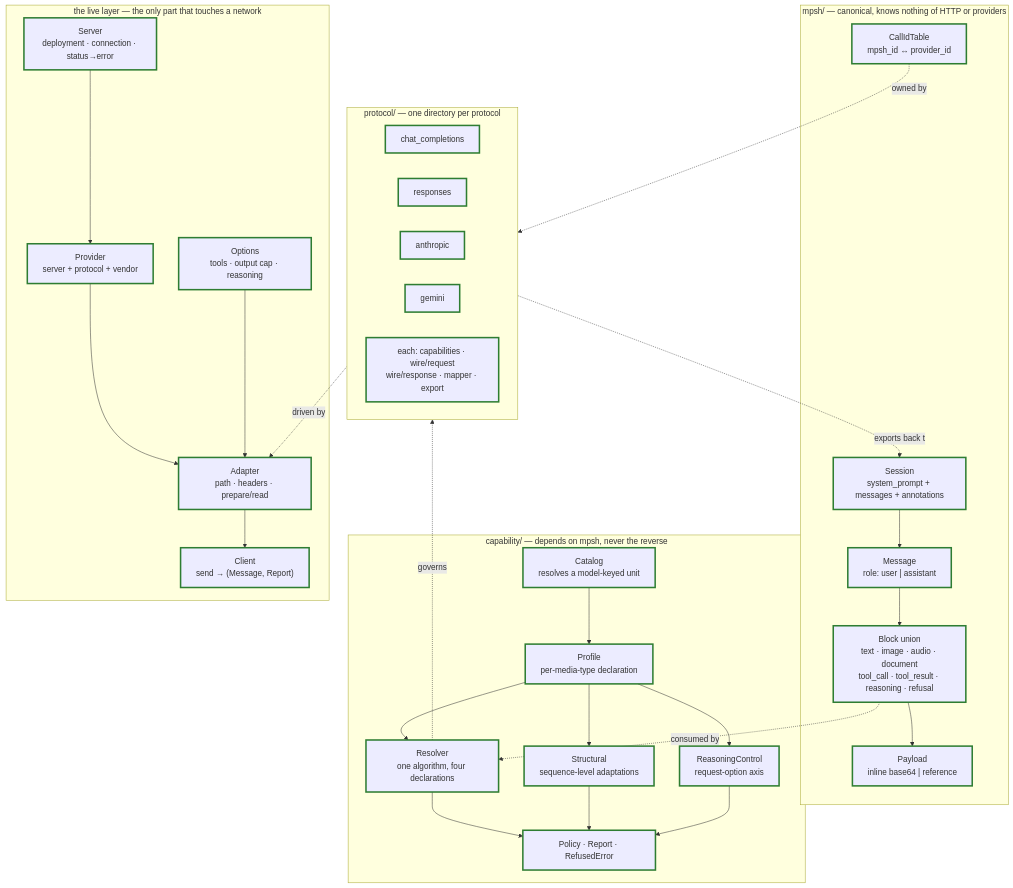
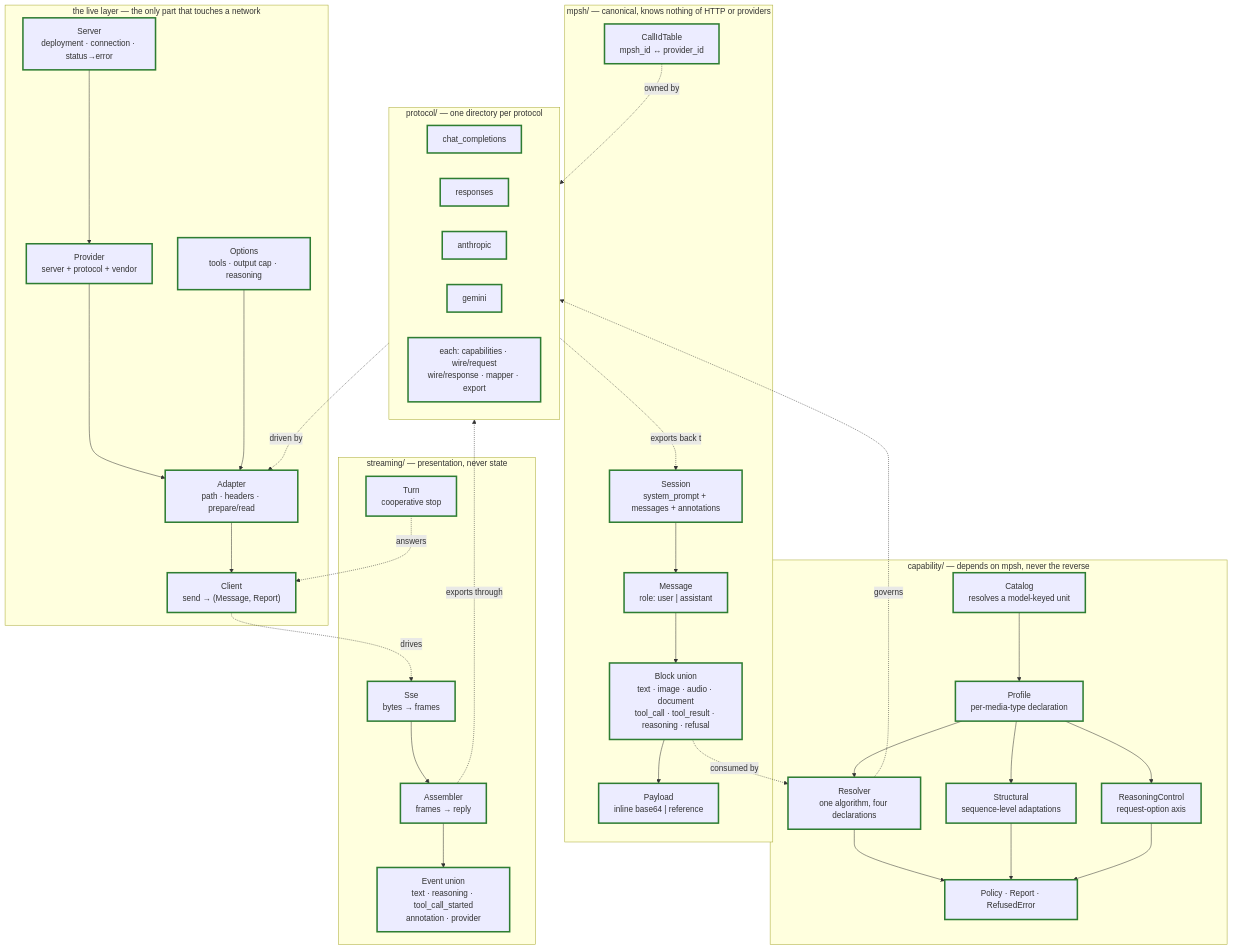
The first of 3 diagrams in DEVELOPMENT.md (nogginly/elelem.cr), drawn with Mermaid before and after one commit. The commit also changed other lines of this file and 10 other files, not shown here.

First line of the commit message:
Stream the reply in the CLI, and fix the spinner it needed

````diff
--- a/DEVELOPMENT.md
+++ b/DEVELOPMENT.md
@@ -61,54 +61,66 @@
 ```mermaid
 flowchart TB
     subgraph MPSH["mpsh/ — canonical, knows nothing of HTTP or providers"]
         S["Session<br/>system_prompt + messages + annotations"]
         M["Message<br/>role: user | assistant"]
         B["Block union<br/>text · image · audio · document<br/>tool_call · tool_result · reasoning · refusal"]
         P["Payload<br/>inline base64 | reference"]
         T["CallIdTable<br/>mpsh_id ↔ provider_id"]
         S --> M --> B --> P
     end
 
     subgraph CAP["capability/ — depends on mpsh, never the reverse"]
         PR["Profile<br/>per-media-type declaration"]
         R["Resolver<br/>one algorithm, four declarations"]
         ST["Structural<br/>sequence-level adaptations"]
         PO["Policy · Report · RefusedError"]
         RC["ReasoningControl<br/>request-option axis"]
         CT["Catalog<br/>resolves a model-keyed unit"]
         PR --> R
         PR --> ST
         PR --> RC
         CT --> PR
         R --> PO
         ST --> PO
         RC --> PO
     end
 
     subgraph PROTO["protocol/ — one directory per protocol"]
         C1["chat_completions"]
         C2["responses"]
         C3["anthropic"]
         C4["gemini"]
         W["each: capabilities · wire/request<br/>wire/response · mapper · export"]
     end
 
+    subgraph STREAM["streaming/ — presentation, never state"]
+        SSE["Sse<br/>bytes → frames"]
+        AS["Assembler<br/>frames → reply"]
+        EV["Event union<br/>text · reasoning · tool_call_started<br/>annotation · provider"]
+        TU["Turn<br/>cooperative stop"]
+        SSE --> AS --> EV
+    end
+
     subgraph LIVE["the live layer — the only part that touches a network"]
         SV["Server<br/>deployment · connection · status→error"]
         PV["Provider<br/>server + protocol + vendor"]
         AD["Adapter<br/>path · headers · prepare/read"]
         CL["Client<br/>send → (Message, Report)"]
         OP["Options<br/>tools · output cap · reasoning"]
         SV --> PV --> AD --> CL
         OP --> AD
     end
 
+    AS -.exports through.-> PROTO
+    CL -.drives.-> SSE
+    TU -.answers.-> CL
+
     B -.consumed by.-> R
     R -.governs.-> PROTO
     T -.owned by.-> PROTO
     PROTO -.exports back to.-> S
     PROTO -.driven by.-> AD
 
     classDef built stroke:#2e7d32,stroke-width:3px
-    class S,M,B,P,T,PR,R,ST,PO,RC,CT,C1,C2,C3,C4,W,SV,PV,AD,CL,OP built
+    class S,M,B,P,T,PR,R,ST,PO,RC,CT,C1,C2,C3,C4,W,SV,PV,AD,CL,OP,SSE,AS,EV,TU built
 ```
````
